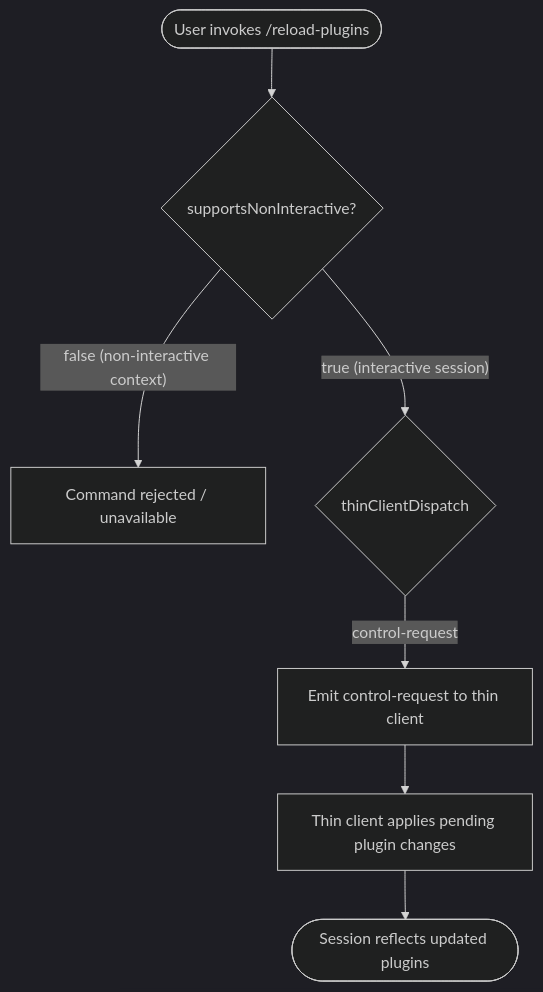
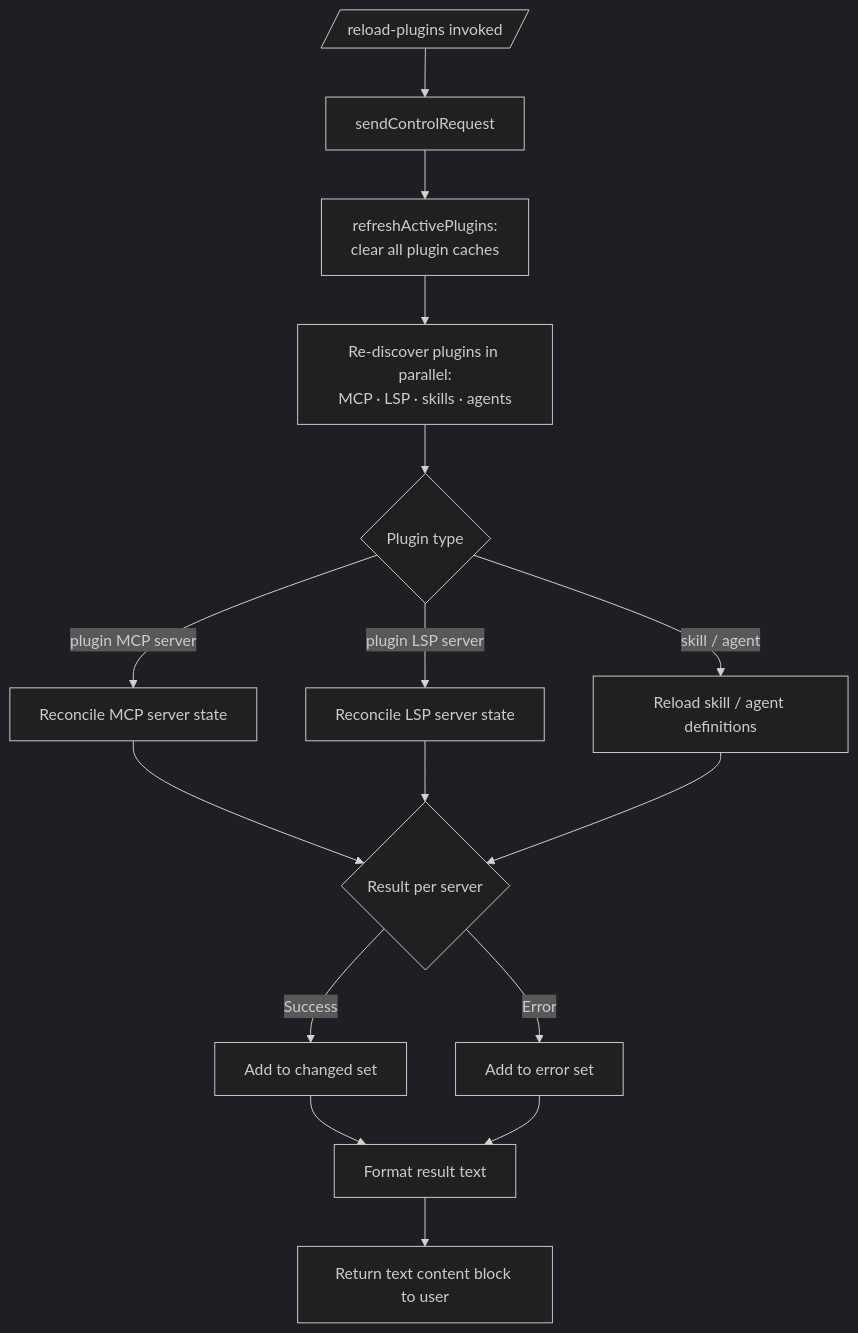
Before and after one commit to MyLittleLuckyDog/cc-gnothi: the diagram in versions/v2.1.154/reload-plugins.md, drawn with Mermaid (dark theme). The commit also changed other lines of this file and 593 other files, not shown here.

````diff
--- a/versions/v2.1.154/reload-plugins.md
+++ b/versions/v2.1.154/reload-plugins.md
@@ -48,9 +68,18 @@
 ```mermaid
 flowchart TD
-    A([User invokes /reload-plugins]) --> B{supportsNonInteractive?}
-    B -- "false (non-interactive context)" --> C[Command rejected / unavailable]
-    B -- "true (interactive session)" --> D{thinClientDispatch}
-    D -- "control-request" --> E[Emit control-request to thin client]
-    E --> F[Thin client applies pending plugin changes]
-    F --> G([Session reflects updated plugins])
+    A[/reload-plugins invoked/] --> B[sendControlRequest]
+    B --> C[refreshActivePlugins:\nclear all plugin caches]
+    C --> D[Re-discover plugins in parallel:\nMCP · LSP · skills · agents]
+    D --> E{Plugin type}
+    E -->|plugin MCP server| F[Reconcile MCP server state]
+    E -->|plugin LSP server| G[Reconcile LSP server state]
+    E -->|skill / agent| H[Reload skill / agent definitions]
+    F --> I{Result per server}
+    G --> I
+    H --> I
+    I -->|Success| J[Add to changed set]
+    I -->|Error| K[Add to error set]
+    J --> L[Format result text]
+    K --> L
+    L --> M[Return text content block to user]
 ```
````
